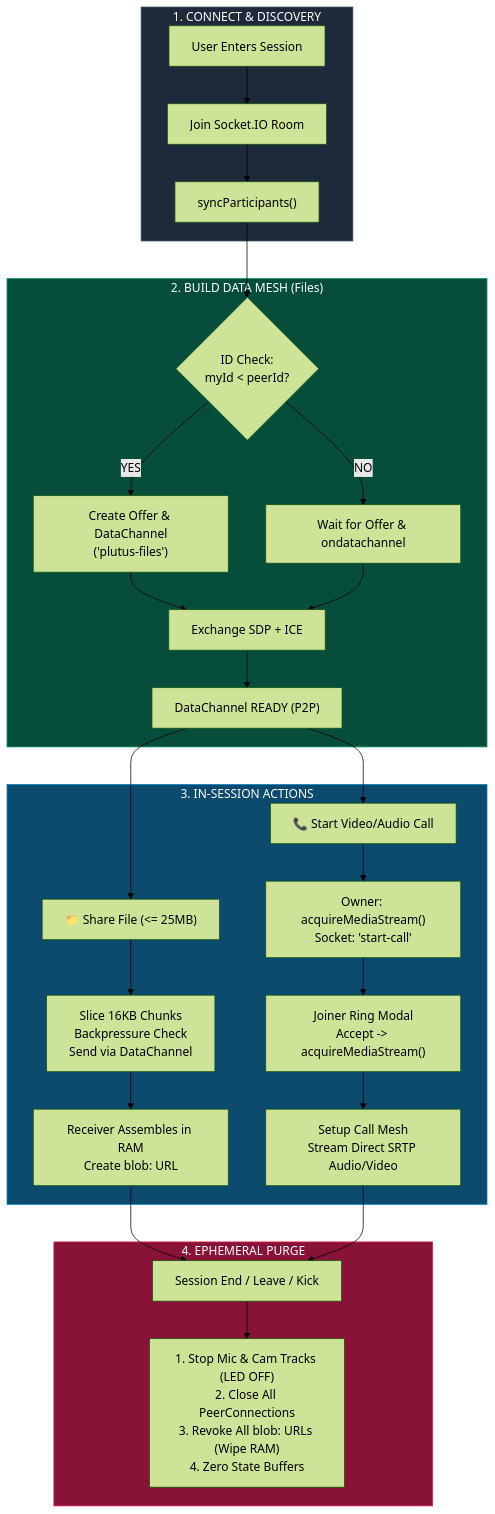
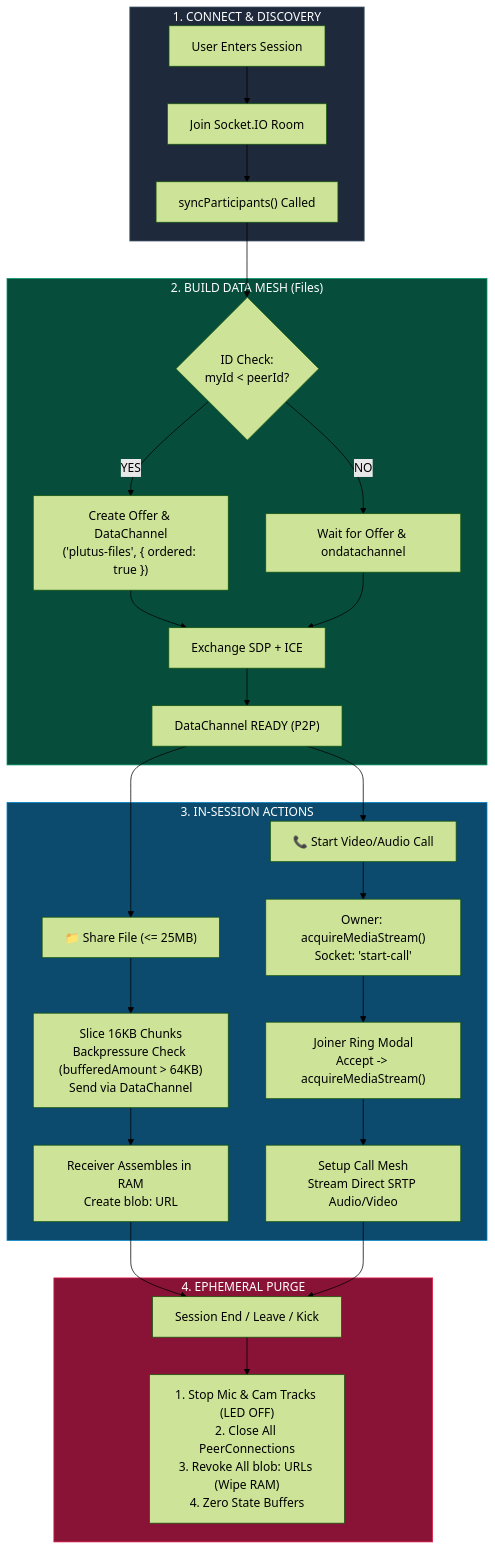
The third of 15 diagrams in WEBRTC.md (Ayush-0247/Plutus-Chat), drawn with Mermaid (forest theme) before and after one commit. The commit also changed other lines of this file, not shown here.

````diff
--- a/WEBRTC.md
+++ b/WEBRTC.md
@@ -34,36 +208,36 @@
 ```mermaid
 flowchart TD
     subgraph S1 ["1. CONNECT & DISCOVERY"]
         A1["User Enters Session"] --> A2["Join Socket.IO Room"]
-        A2 --> A3["syncParticipants()"]
+        A2 --> A3["syncParticipants() Called"]
     end
 
     subgraph S2 ["2. BUILD DATA MESH (Files)"]
         A3 --> B1{"ID Check:\nmyId < peerId?"}
-        B1 -- YES --> B2["Create Offer & DataChannel\n('plutus-files')"]
+        B1 -- YES --> B2["Create Offer & DataChannel\n('plutus-files', { ordered: true })"]
         B1 -- NO --> B3["Wait for Offer & ondatachannel"]
         B2 & B3 --> B4["Exchange SDP + ICE"]
         B4 --> B5["DataChannel READY (P2P)"]
     end
 
     subgraph S3 ["3. IN-SESSION ACTIONS"]
         B5 --> C1["📁 Share File (<= 25MB)"]
-        C1 --> C2["Slice 16KB Chunks\nBackpressure Check\nSend via DataChannel"]
+        C1 --> C2["Slice 16KB Chunks\nBackpressure Check (bufferedAmount > 64KB)\nSend via DataChannel"]
         C2 --> C3["Receiver Assembles in RAM\nCreate blob: URL"]
 
         B5 --> D1["📞 Start Video/Audio Call"]
         D1 --> D2["Owner: acquireMediaStream()\nSocket: 'start-call'"]
         D2 --> D3["Joiner Ring Modal\nAccept -> acquireMediaStream()"]
         D3 --> D4["Setup Call Mesh\nStream Direct SRTP Audio/Video"]
     end
 
     subgraph S4 ["4. EPHEMERAL PURGE"]
         C3 & D4 --> E1["Session End / Leave / Kick"]
         E1 --> E2["1. Stop Mic & Cam Tracks (LED OFF)\n2. Close All PeerConnections\n3. Revoke All blob: URLs (Wipe RAM)\n4. Zero State Buffers"]
     end
 
     style S1 fill:#1e293b,stroke:#475569,color:#fff
     style S2 fill:#064e3b,stroke:#059669,color:#fff
     style S3 fill:#0c4a6e,stroke:#0284c7,color:#fff
     style S4 fill:#881337,stroke:#e11d48,color:#fff
 ```
````
